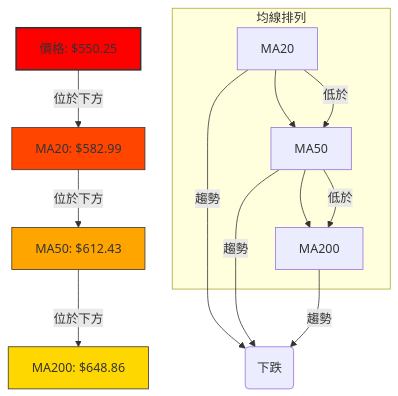
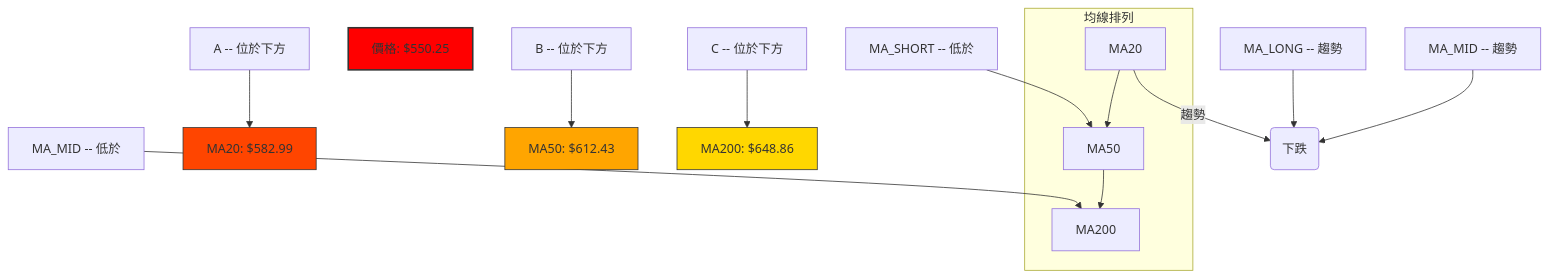
The seventh of 12 diagrams in ai_gen_report/stock/meta/technical_analysis_2026-06-29_gemini.md (yennanliu/finance_data), drawn with Mermaid before and after one commit. The commit also changed other lines of this file and 2258 other files, not shown here.

First line of the commit message:
chore: backfill Mermaid syntax repair across existing reports

````diff
--- a/ai_gen_report/stock/meta/technical_analysis_2026-06-29_gemini.md
+++ b/ai_gen_report/stock/meta/technical_analysis_2026-06-29_gemini.md
@@ -395,26 +395,26 @@
 ```mermaid
 graph TD
-    A[價格: $550.25]
-    B[MA20: $582.99]
-    C[MA50: $612.43]
-    D[MA200: $648.86]
+    A["價格: $550.25"]
+    B["MA20: $582.99"]
+    C["MA50: $612.43"]
+    D["MA200: $648.86"]
 
-    A -- 位於下方 --> B
-    B -- 位於下方 --> C
-    C -- 位於下方 --> D
+    nb1["A -- 位於下方"] --> B
+    nb2["B -- 位於下方"] --> C
+    nb3["C -- 位於下方"] --> D
 
     subgraph 均線排列
-        MA_SHORT[MA20] --> MA_MID[MA50]
-        MA_MID --> MA_LONG[MA200]
+        MA_SHORT["MA20"] --> MA_MID["MA50"]
+        MA_MID --> MA_LONG["MA200"]
     end
-    MA_SHORT -- 低於 --> MA_MID
-    MA_MID -- 低於 --> MA_LONG
-    MA_SHORT -- 趨勢 --> MA_DOWN(下跌)
-    MA_MID -- 趨勢 --> MA_DOWN
-    MA_LONG -- 趨勢 --> MA_DOWN
+    nb4["MA_SHORT -- 低於"] --> MA_MID
+    nb5["MA_MID -- 低於"] --> MA_LONG
+    MA_SHORT -- 趨勢 --> MA_DOWN("下跌")
+    nb6["MA_MID -- 趨勢"] --> MA_DOWN
+    nb7["MA_LONG -- 趨勢"] --> MA_DOWN
 
     style A fill:#FF0000,stroke:#333,stroke-width:2px
     style B fill:#FF4500,stroke:#333,stroke-width:1px
     style C fill:#FFA500,stroke:#333,stroke-width:1px
     style D fill:#FFD700,stroke:#333,stroke-width:1px
 ```
````
